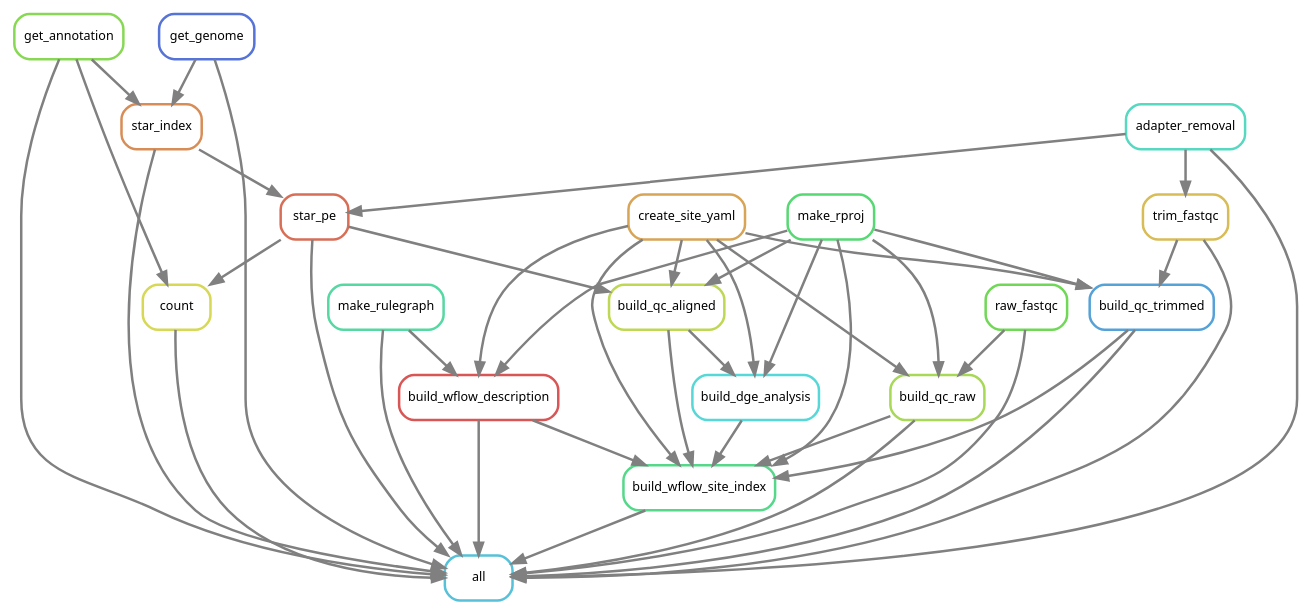
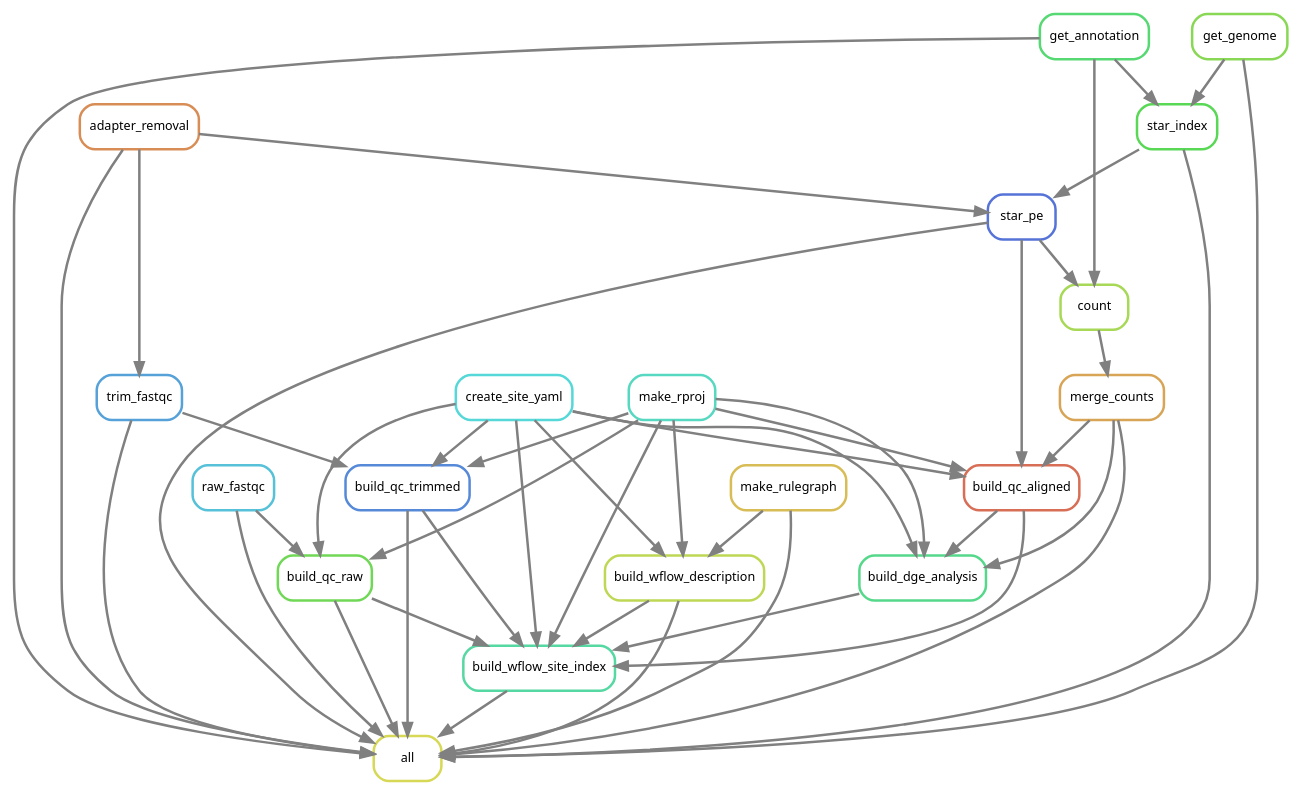
One commit to DRMCRL/T47D_ZR75_DHT_StrippedSerum_RNASeq changed the diagram in rules/rulegraph.dot. Above: the diagram before and after it, drawn with Graphviz. The commit also changed 1 other file, not shown here.

```diff
--- a/rules/rulegraph.dot
+++ b/rules/rulegraph.dot
@@ -1,65 +1,69 @@
 digraph snakemake_dag {
     graph[bgcolor=white, margin=0];
     node[shape=box, style=rounded, fontname=sans,                 fontsize=10, penwidth=2];
     edge[penwidth=2, color=grey];
-	0[label = "all", color = "0.53 0.6 0.85", style="rounded"];
-	1[label = "star_pe", color = "0.03 0.6 0.85", style="rounded"];
-	2[label = "count", color = "0.17 0.6 0.85", style="rounded"];
-	3[label = "raw_fastqc", color = "0.30 0.6 0.85", style="rounded"];
-	4[label = "adapter_removal", color = "0.47 0.6 0.85", style="rounded"];
-	5[label = "trim_fastqc", color = "0.13 0.6 0.85", style="rounded"];
-	6[label = "get_annotation", color = "0.27 0.6 0.85", style="rounded"];
-	7[label = "build_wflow_description", color = "0.00 0.6 0.85", style="rounded"];
-	8[label = "build_qc_raw", color = "0.23 0.6 0.85", style="rounded"];
-	9[label = "build_wflow_site_index", color = "0.40 0.6 0.85", style="rounded"];
-	10[label = "make_rulegraph", color = "0.43 0.6 0.85", style="rounded"];
-	11[label = "get_genome", color = "0.63 0.6 0.85", style="rounded"];
-	12[label = "build_qc_trimmed", color = "0.57 0.6 0.85", style="rounded"];
-	13[label = "star_index", color = "0.07 0.6 0.85", style="rounded"];
-	14[label = "make_rproj", color = "0.37 0.6 0.85", style="rounded"];
-	15[label = "create_site_yaml", color = "0.10 0.6 0.85", style="rounded"];
-	16[label = "build_qc_aligned", color = "0.20 0.6 0.85", style="rounded"];
-	17[label = "build_dge_analysis", color = "0.50 0.6 0.85", style="rounded"];
+	0[label = "all", color = "0.17 0.6 0.85", style="rounded"];
+	1[label = "trim_fastqc", color = "0.57 0.6 0.85", style="rounded"];
+	2[label = "star_pe", color = "0.63 0.6 0.85", style="rounded"];
+	3[label = "adapter_removal", color = "0.07 0.6 0.85", style="rounded"];
+	4[label = "raw_fastqc", color = "0.53 0.6 0.85", style="rounded"];
+	5[label = "build_qc_trimmed", color = "0.60 0.6 0.85", style="rounded"];
+	6[label = "merge_counts", color = "0.10 0.6 0.85", style="rounded"];
+	7[label = "build_wflow_site_index", color = "0.43 0.6 0.85", style="rounded"];
+	8[label = "get_annotation", color = "0.37 0.6 0.85", style="rounded"];
+	9[label = "get_genome", color = "0.27 0.6 0.85", style="rounded"];
+	10[label = "make_rulegraph", color = "0.13 0.6 0.85", style="rounded"];
+	11[label = "star_index", color = "0.33 0.6 0.85", style="rounded"];
+	12[label = "build_qc_raw", color = "0.30 0.6 0.85", style="rounded"];
+	13[label = "build_wflow_description", color = "0.20 0.6 0.85", style="rounded"];
+	14[label = "create_site_yaml", color = "0.50 0.6 0.85", style="rounded"];
+	15[label = "make_rproj", color = "0.47 0.6 0.85", style="rounded"];
+	16[label = "count", color = "0.23 0.6 0.85", style="rounded"];
+	17[label = "build_qc_aligned", color = "0.03 0.6 0.85", style="rounded"];
+	18[label = "build_dge_analysis", color = "0.40 0.6 0.85", style="rounded"];
+	3 -> 0
+	6 -> 0
+	10 -> 0
+	13 -> 0
+	9 -> 0
+	12 -> 0
+	11 -> 0
+	8 -> 0
 	7 -> 0
+	4 -> 0
 	1 -> 0
-	13 -> 0
+	5 -> 0
 	2 -> 0
-	5 -> 0
-	6 -> 0
-	3 -> 0
-	9 -> 0
-	4 -> 0
-	10 -> 0
-	12 -> 0
-	8 -> 0
-	11 -> 0
-	13 -> 1
-	4 -> 1
-	6 -> 2
-	1 -> 2
-	4 -> 5
+	3 -> 1
+	11 -> 2
+	3 -> 2
+	15 -> 5
+	14 -> 5
+	1 -> 5
+	16 -> 6
+	17 -> 7
+	12 -> 7
+	18 -> 7
+	15 -> 7
 	14 -> 7
-	15 -> 7
-	10 -> 7
-	3 -> 8
-	15 -> 8
-	14 -> 8
-	7 -> 9
-	15 -> 9
-	16 -> 9
-	14 -> 9
-	17 -> 9
-	8 -> 9
-	12 -> 9
+	5 -> 7
+	13 -> 7
+	9 -> 11
+	8 -> 11
+	15 -> 12
 	14 -> 12
-	15 -> 12
-	5 -> 12
-	6 -> 13
-	11 -> 13
-	14 -> 16
-	1 -> 16
-	15 -> 16
-	16 -> 17
+	4 -> 12
+	15 -> 13
+	10 -> 13
+	14 -> 13
+	8 -> 16
+	2 -> 16
+	15 -> 17
 	14 -> 17
-	15 -> 17
+	6 -> 17
+	2 -> 17
+	15 -> 18
+	17 -> 18
+	14 -> 18
+	6 -> 18
 }            
```
